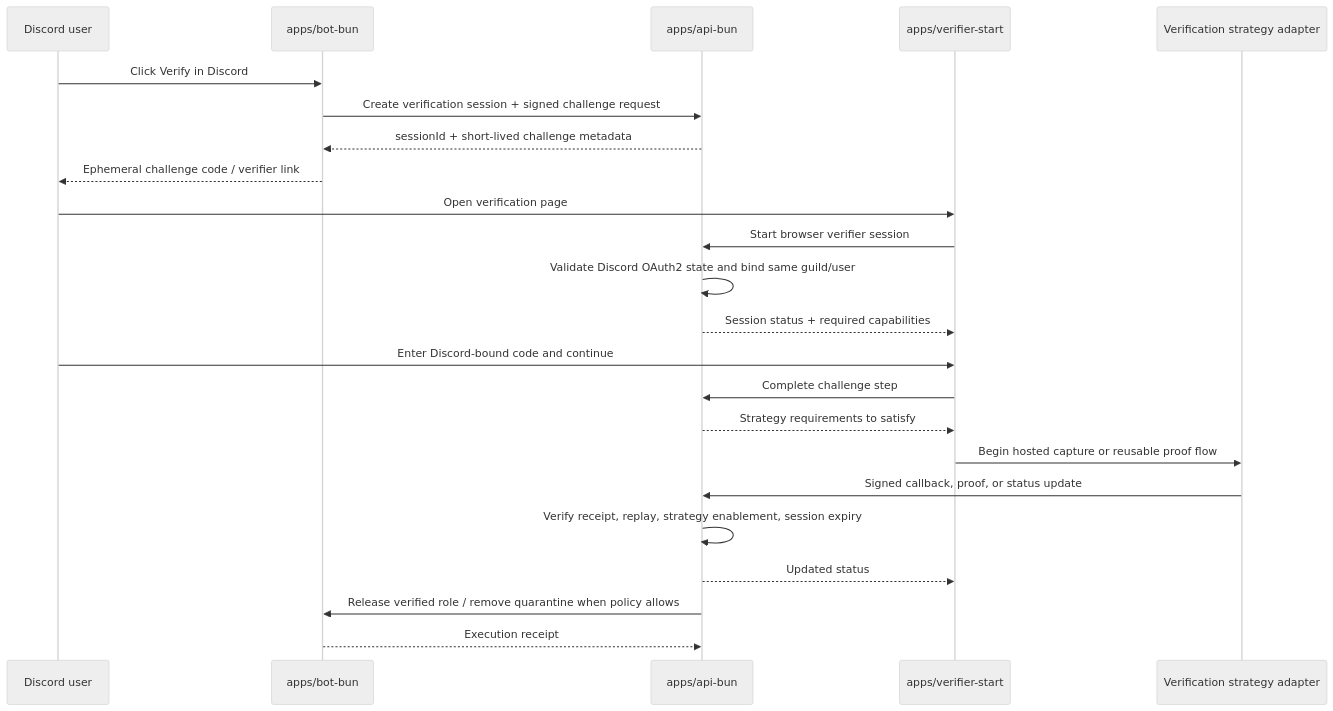
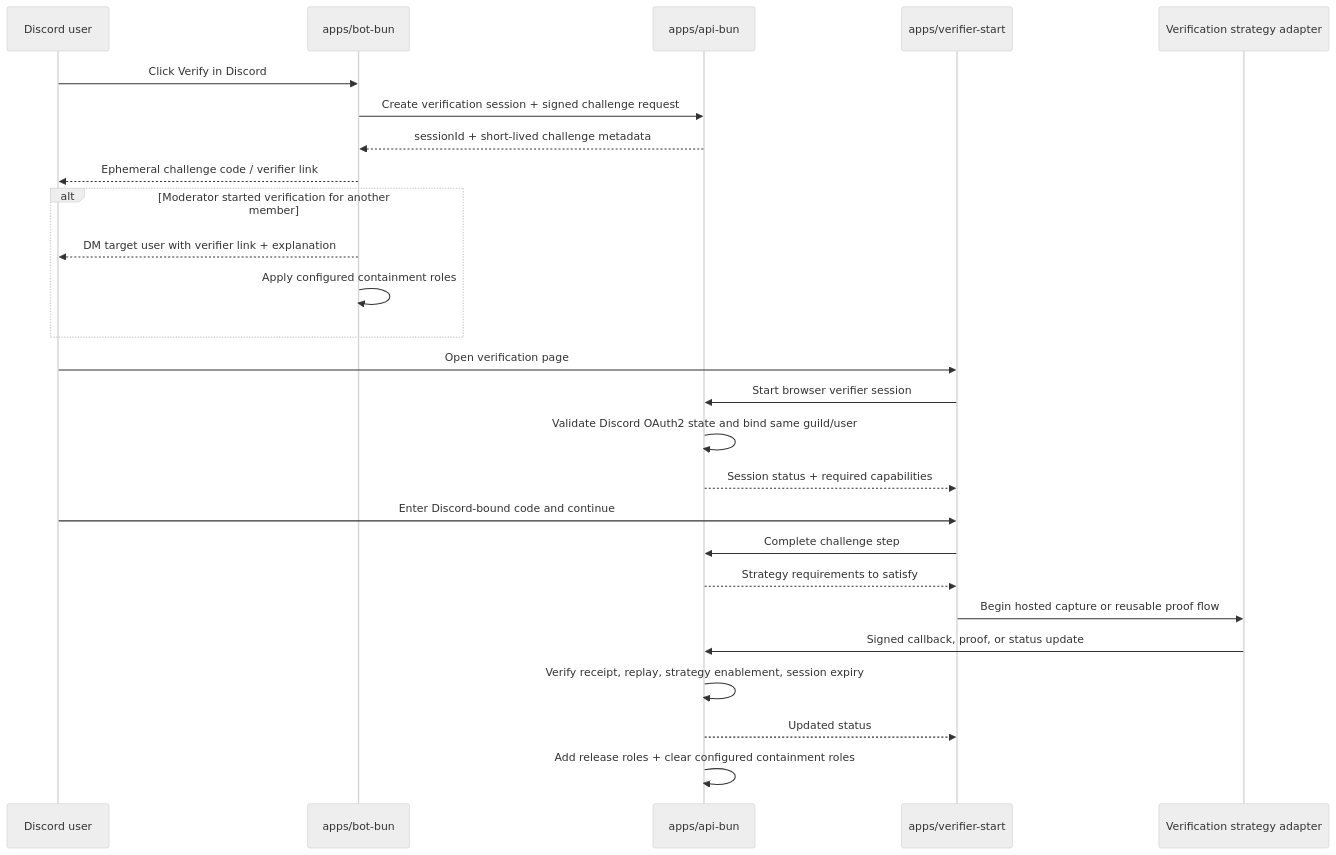
One commit to Yeusepe/humanify changed the first of 3 diagrams in docs/verification.md. Above: the diagram before and after it, drawn with Mermaid (neutral theme). The commit also changed other lines of this file and 18 other files, not shown here.

First line of the commit message:
Containment roles & DM on moderator verification

````diff
--- a/docs/verification.md
+++ b/docs/verification.md
@@ -73,26 +73,29 @@
 ```mermaid
 sequenceDiagram
   participant User as Discord user
   participant Bot as apps/bot-bun
   participant API as apps/api-bun
   participant Verifier as apps/verifier-start
   participant Strategy as Verification strategy adapter
 
   User->>Bot: Click Verify in Discord
   Bot->>API: Create verification session + signed challenge request
   API-->>Bot: sessionId + short-lived challenge metadata
   Bot-->>User: Ephemeral challenge code / verifier link
+  alt Moderator started verification for another member
+    Bot-->>User: DM target user with verifier link + explanation
+    Bot->>Bot: Apply configured containment roles
+  end
   User->>Verifier: Open verification page
   Verifier->>API: Start browser verifier session
   API->>API: Validate Discord OAuth2 state and bind same guild/user
   API-->>Verifier: Session status + required capabilities
   User->>Verifier: Enter Discord-bound code and continue
   Verifier->>API: Complete challenge step
   API-->>Verifier: Strategy requirements to satisfy
   Verifier->>Strategy: Begin hosted capture or reusable proof flow
   Strategy->>API: Signed callback, proof, or status update
   API->>API: Verify receipt, replay, strategy enablement, session expiry
   API-->>Verifier: Updated status
-  API->>Bot: Release verified role / remove quarantine when policy allows
-  Bot-->>API: Execution receipt
+  API->>API: Add release roles + clear configured containment roles
 ```
````
